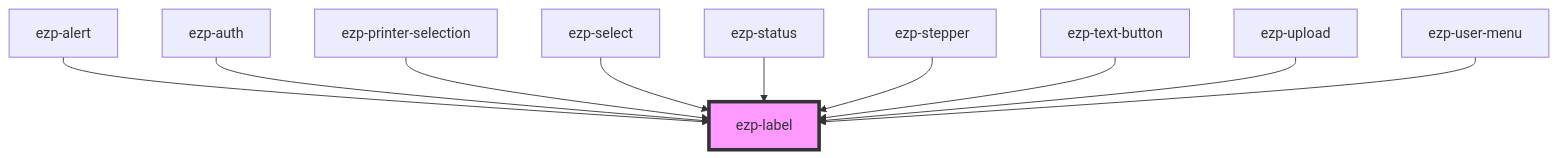
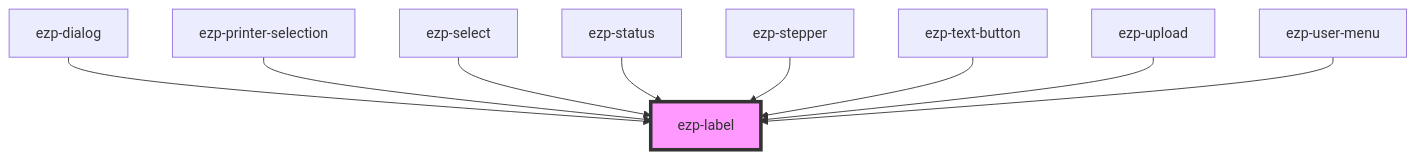
The diagram in src/components/ezp-label/readme.md (ezeep/ezeep-js), drawn with Mermaid before and after one commit. The commit also changed other lines of this file and 20 other files, not shown here.

Commit message:
Introduce reusable dialog component; Refactor auth component

````diff
--- a/src/components/ezp-label/readme.md
+++ b/src/components/ezp-label/readme.md
@@ -31,13 +30,12 @@
 ```mermaid
 graph TD;
-  ezp-alert --> ezp-label
-  ezp-auth --> ezp-label
+  ezp-dialog --> ezp-label
   ezp-printer-selection --> ezp-label
   ezp-select --> ezp-label
   ezp-status --> ezp-label
   ezp-stepper --> ezp-label
   ezp-text-button --> ezp-label
   ezp-upload --> ezp-label
   ezp-user-menu --> ezp-label
   style ezp-label fill:#f9f,stroke:#333,stroke-width:4px
 ```
````
